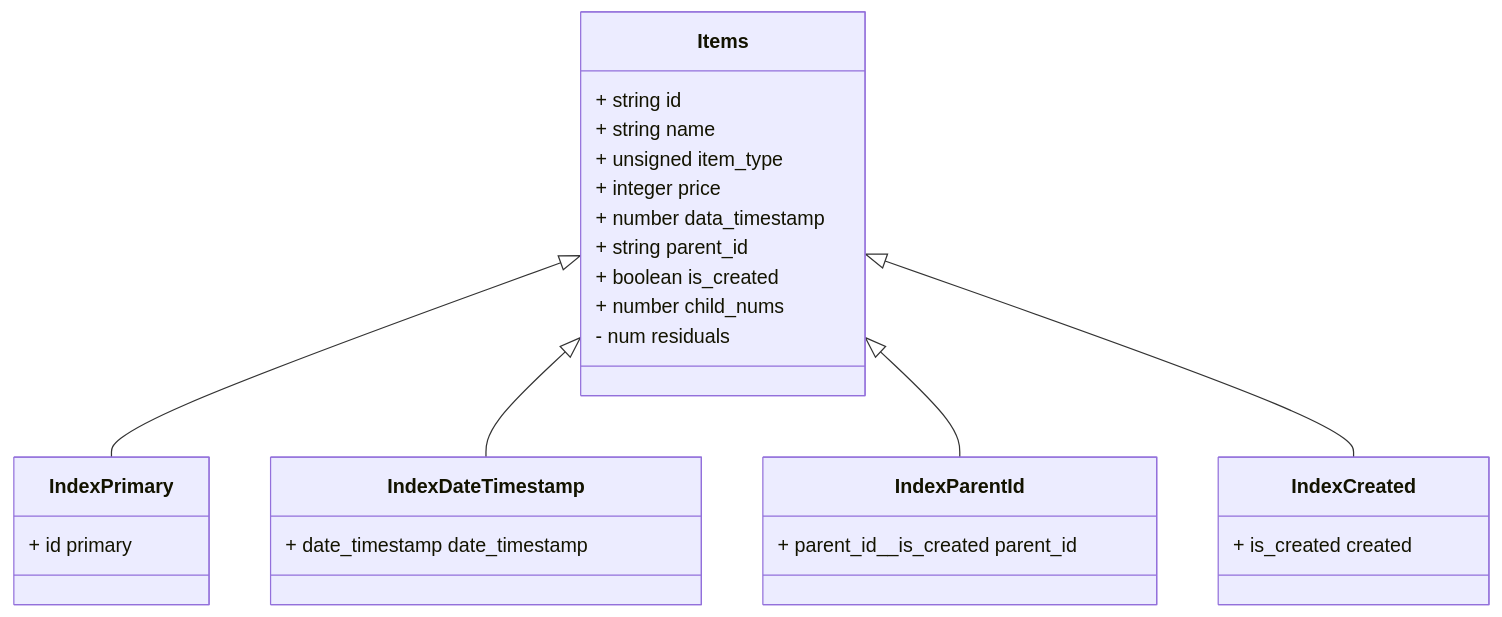
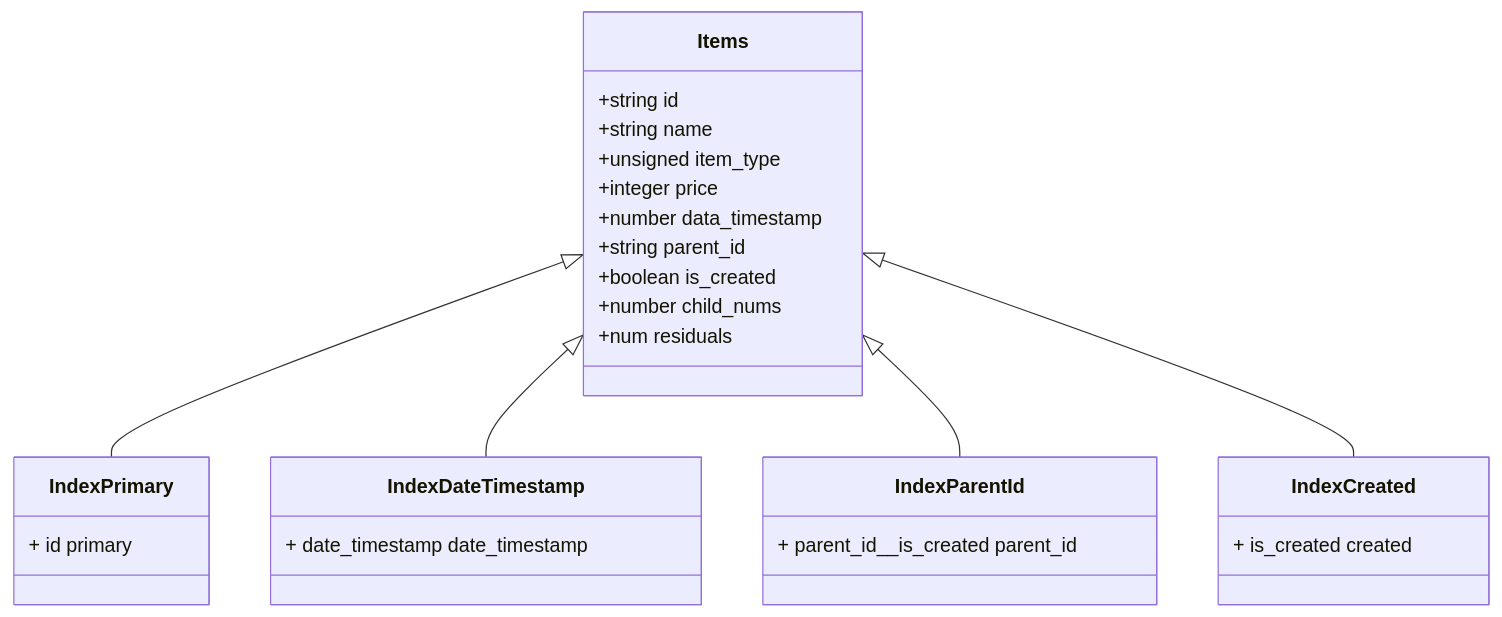
The first of 2 diagrams in database/README.md (MBHuman/YandeBackendTask), drawn with Mermaid before and after one commit. The commit also changed other lines of this file, not shown here.

````diff
--- a/database/README.md
+++ b/database/README.md
@@ -8,31 +8,31 @@
 ```mermaid
 classDiagram
     class Items
     Items <|-- IndexPrimary
     Items <|-- IndexDateTimestamp
     Items <|-- IndexParentId
     Items <|-- IndexCreated
 
-    Items:+ string id
-    Items:+ string name
-    Items:+ unsigned item_type
-    Items:+ integer price
-    Items:+ number data_timestamp 
-    Items:+ string parent_id
-    Items:+ boolean is_created
-    Items:+ number child_nums
-    Items:- num residuals
+    Items : +string id
+    Items : +string name
+    Items : +unsigned item_type
+    Items : +integer price
+    Items : +number data_timestamp 
+    Items : +string parent_id
+    Items : +boolean is_created
+    Items : +number child_nums
+    Items : +num residuals
 
     class IndexPrimary{
         + id primary
     }
     class IndexDateTimestamp{
         + date_timestamp date_timestamp
     }
     class IndexParentId{
         + parent_id__is_created parent_id
     }
     class IndexCreated{
         + is_created created 
     }
 ```
````
